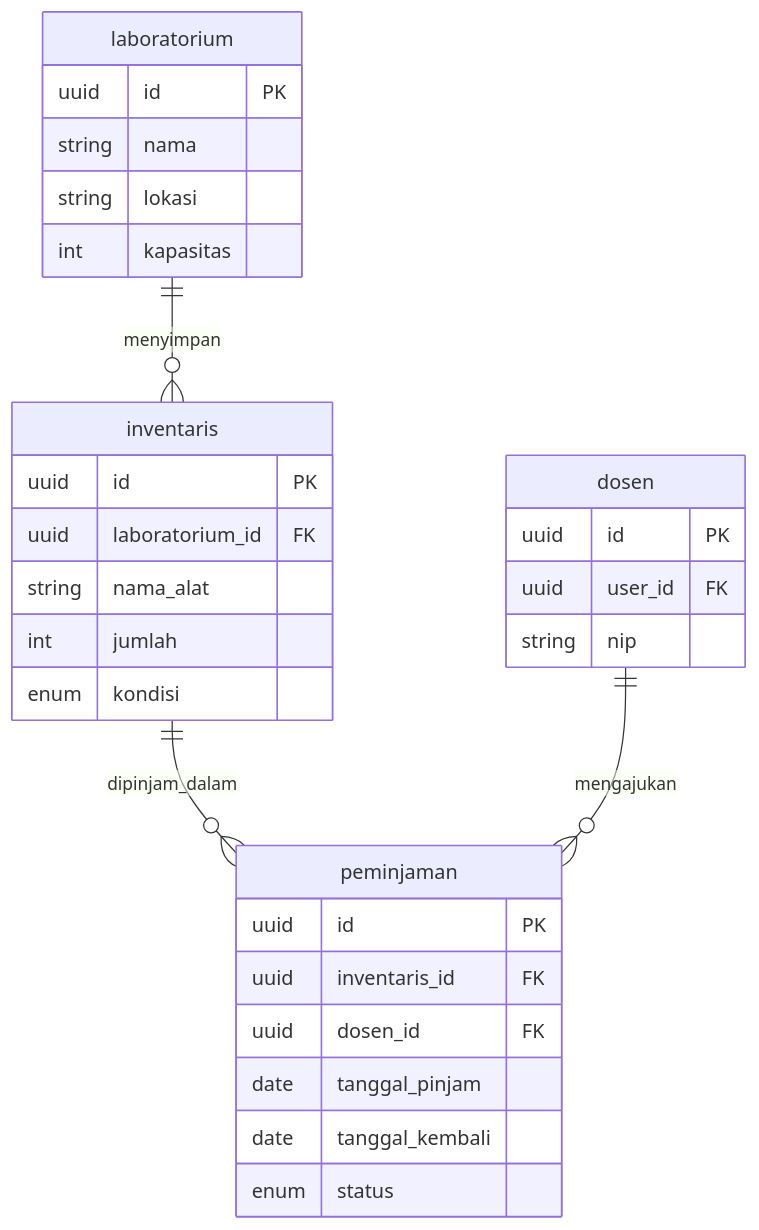
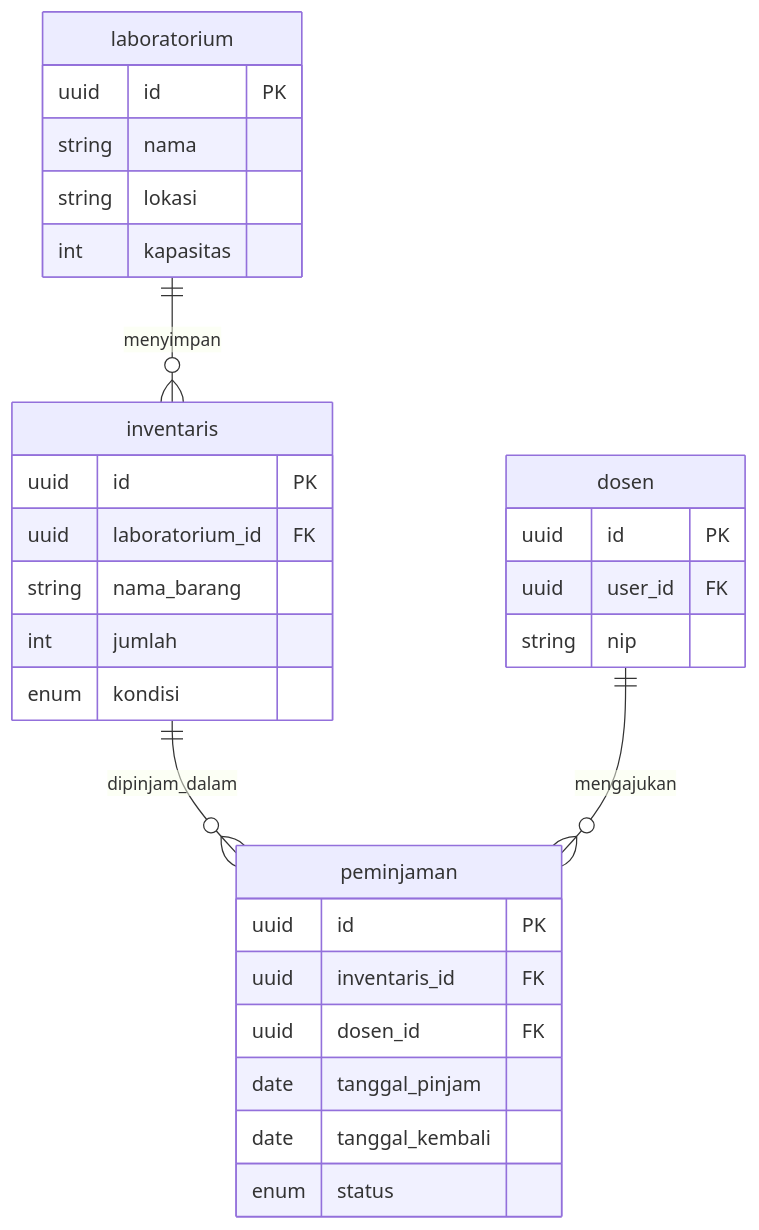
The fifth of 7 diagrams in docs/ERD_BACKEND_MERMAID.md (taufiq1285/sistem-pwa), drawn with Mermaid before and after one commit. The commit also changed other lines of this file and 151 other files, not shown here.

````diff
--- a/docs/ERD_BACKEND_MERMAID.md
+++ b/docs/ERD_BACKEND_MERMAID.md
@@ -240,32 +253,32 @@
 ```mermaid
 erDiagram
     laboratorium {
         uuid id PK
         string nama
         string lokasi
         int kapasitas
     }
     inventaris {
         uuid id PK
         uuid laboratorium_id FK
-        string nama_alat
+        string nama_barang
         int jumlah
         enum kondisi
     }
     peminjaman {
         uuid id PK
         uuid inventaris_id FK
         uuid dosen_id FK
         date tanggal_pinjam
         date tanggal_kembali
         enum status
     }
     dosen {
         uuid id PK
         uuid user_id FK
         string nip
     }
     laboratorium ||--o{ inventaris : menyimpan
     inventaris ||--o{ peminjaman : dipinjam_dalam
     dosen ||--o{ peminjaman : mengajukan
 ```
````
